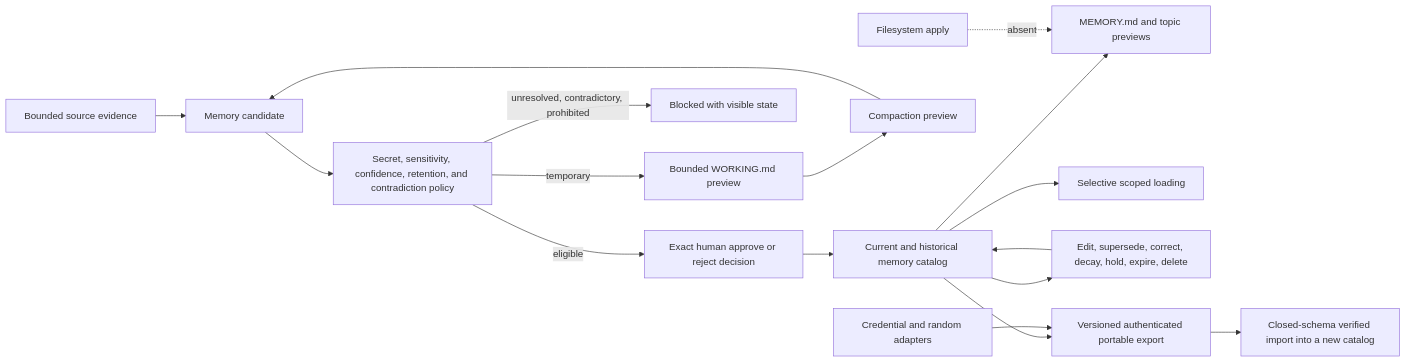
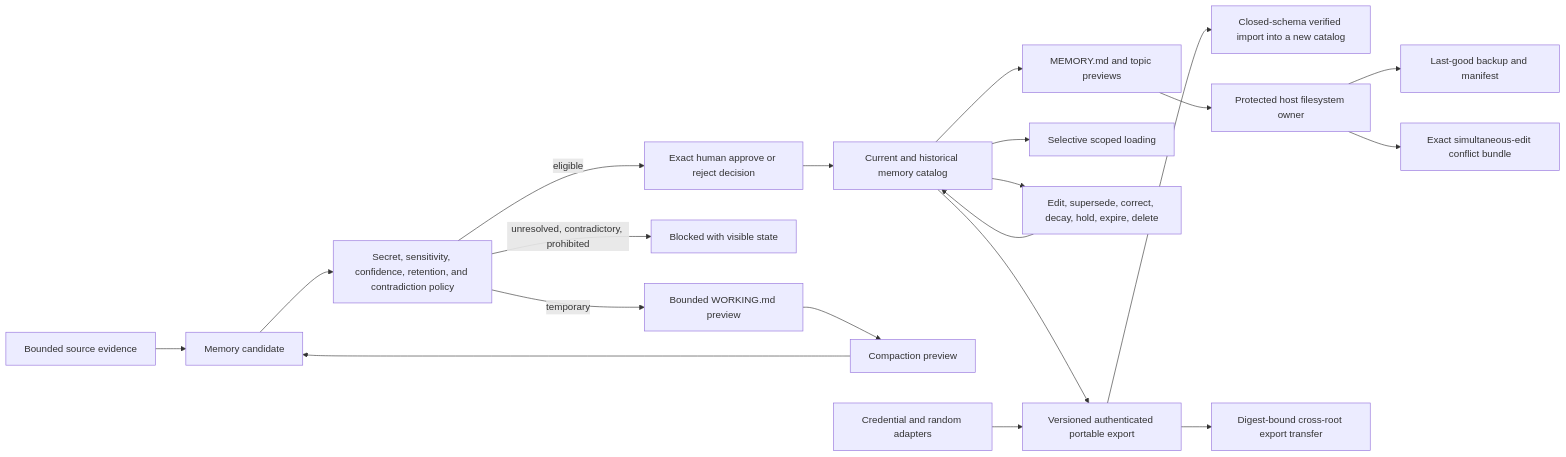
One commit to AaronNHorvitz/AgentMage changed the diagram in docs/architecture/source-backed-memory-boundary.md. Above: the diagram before and after it, drawn with Mermaid. The commit also changed other lines of this file and 5 other files, not shown here.

````diff
--- a/docs/architecture/source-backed-memory-boundary.md
+++ b/docs/architecture/source-backed-memory-boundary.md
@@ -9,19 +9,22 @@
 ```mermaid
 flowchart LR
     S["Bounded source evidence"] --> C["Memory candidate"]
     C --> P["Secret, sensitivity, confidence, retention, and contradiction policy"]
     P -->|"temporary"| W["Bounded WORKING.md preview"]
     P -->|"unresolved, contradictory, prohibited"| B["Blocked with visible state"]
     P -->|"eligible"| H["Exact human approve or reject decision"]
     H --> L["Current and historical memory catalog"]
     L --> M["MEMORY.md and topic previews"]
     L --> R["Selective scoped loading"]
     W --> X["Compaction preview"]
     X --> C
     L --> T["Edit, supersede, correct, decay, hold, expire, delete"]
     T --> L
     L --> E["Versioned authenticated portable export"]
     E --> I["Closed-schema verified import into a new catalog"]
-    F["Filesystem apply"] -. "absent" .-> M
+    M --> F["Protected host filesystem owner"]
+    F --> BAK["Last-good backup and manifest"]
+    F --> CON["Exact simultaneous-edit conflict bundle"]
+    E --> MIG["Digest-bound cross-root export transfer"]
     K["Credential and random adapters"] --> E
 ```
````
